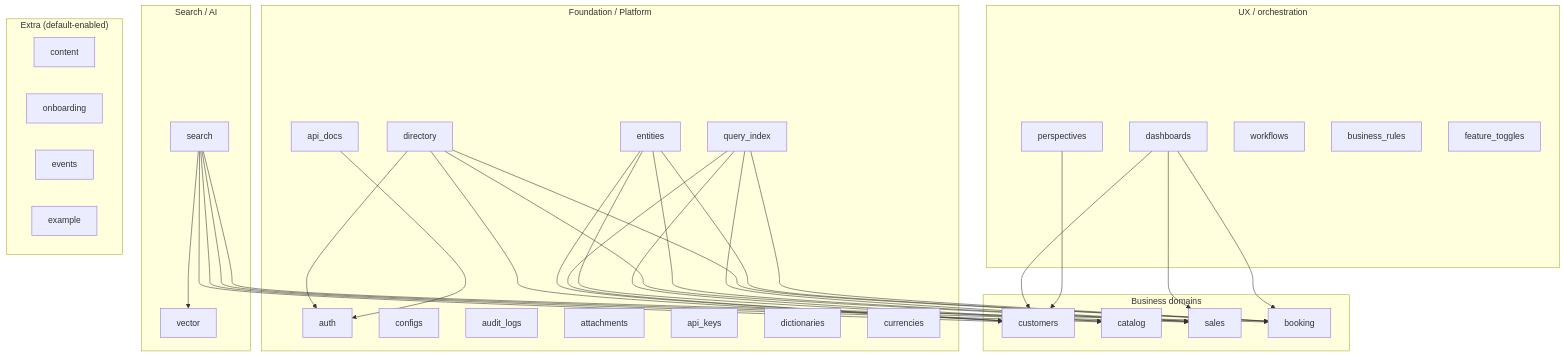
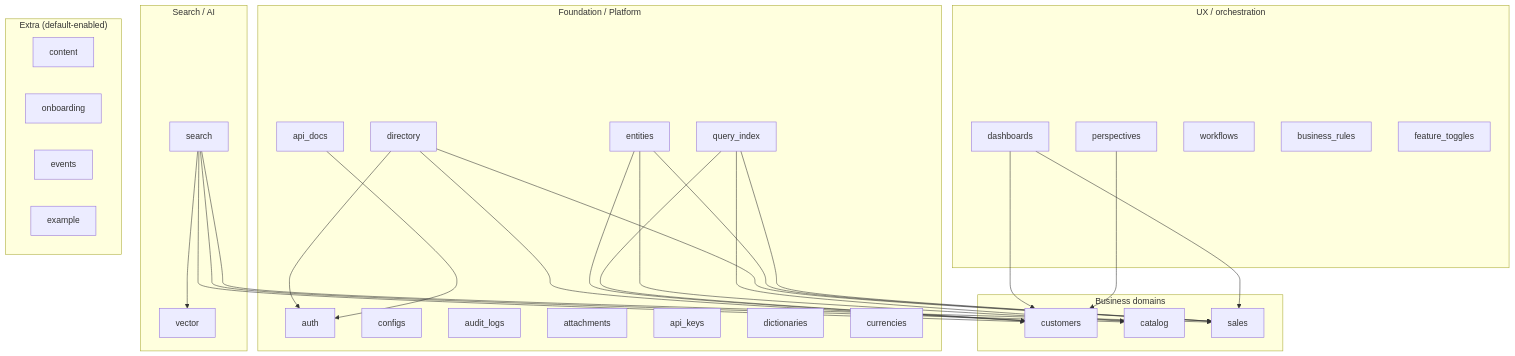
Before and after one commit to open-mercato/open-mercato: the diagram in .ai/slides/architecture/slide3.mdx, drawn with Mermaid. The commit also changed other lines of this file and 141 other files, not shown here.

````diff
--- a/.ai/slides/architecture/slide3.mdx
+++ b/.ai/slides/architecture/slide3.mdx
@@ -46,71 +45,65 @@
 ```mermaid
 flowchart TB
   subgraph Foundation["Foundation / Platform"]
     auth[auth]
     directory[directory]
     configs[configs]
     entities[entities]
     query_index[query_index]
     audit_logs[audit_logs]
     attachments[attachments]
     api_keys[api_keys]
     api_docs[api_docs]
     dictionaries[dictionaries]
     currencies[currencies]
   end
 
   subgraph Business["Business domains"]
     customers[customers]
     catalog[catalog]
     sales[sales]
-    booking[booking]
   end
 
   subgraph UX["UX / orchestration"]
     dashboards[dashboards]
     perspectives[perspectives]
     workflows[workflows]
     business_rules[business_rules]
     feature_toggles[feature_toggles]
   end
 
   subgraph SearchAI["Search / AI"]
     search[search]
     vector[vector]
   end
 
   subgraph Extra["Extra (default-enabled)"]
     content[content]
     onboarding[onboarding]
     events[events]
     example[example]
   end
 
   %% Conceptual links (composition/usage, not DB relations)
   directory --> auth
   directory --> customers
   directory --> sales
-  directory --> booking
 
   entities --> customers
   entities --> catalog
   entities --> sales
-  entities --> booking
 
   query_index --> customers
   query_index --> catalog
   query_index --> sales
-  query_index --> booking
 
   search --> customers
   search --> catalog
   search --> sales
-  search --> booking
   search --> vector
 
   dashboards --> customers
   dashboards --> sales
-  dashboards --> booking
   perspectives --> customers
   api_docs --> auth
 ```
````
